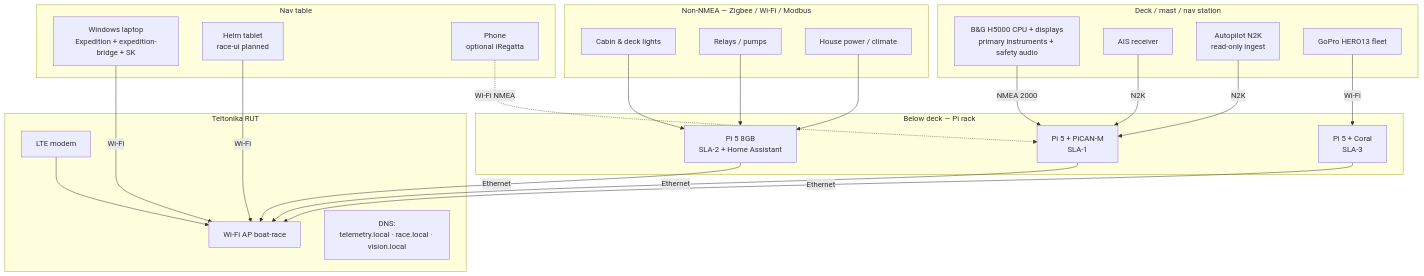
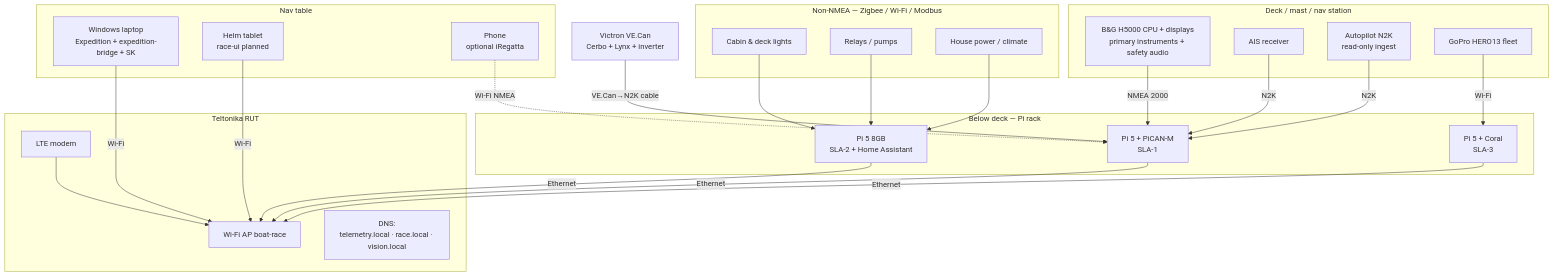
Before and after one commit to cognite-fholm/AI-sailing-system: the second of 14 diagrams in docs/SYSTEM_DIAGRAM.md, drawn with Mermaid. The commit also changed other lines of this file and 7 other files, not shown here.

First line of the commit message:
docs: add ADR-0036 Victron VE.Can power on NMEA 2000

````diff
--- a/docs/SYSTEM_DIAGRAM.md
+++ b/docs/SYSTEM_DIAGRAM.md
@@ -77,49 +77,50 @@
 ```mermaid
 flowchart TB
   subgraph deck [Deck / mast / nav station]
     H5000[B&G H5000 CPU + displays\nprimary instruments + safety audio]
     AIS_RX[AIS receiver]
     AUTOPILOT[Autopilot N2K\nread-only ingest]
     GOPRO[GoPro HERO13 fleet]
   end
 
   subgraph nav_table [Nav table]
     LAPTOP[Windows laptop\nExpedition + expedition-bridge + SK]
     TABLET[Helm tablet\nrace-ui planned]
     PHONE[Phone\noptional iRegatta]
   end
 
   subgraph rack [Below deck — Pi rack]
     PICAN[Pi 5 + PiCAN-M\nSLA-1]
     PI_RACE[Pi 5 8GB\nSLA-2 + Home Assistant]
     PI_VIS[Pi 5 + Coral\nSLA-3]
   end
 
   subgraph domotics [Non-NMEA — Zigbee / Wi‑Fi / Modbus]
     LIGHTS[Cabin & deck lights]
     RELAYS[Relays / pumps]
     HOUSE[House power / climate]
   end
 
   LIGHTS --> PI_RACE
   RELAYS --> PI_RACE
   HOUSE --> PI_RACE
 
   subgraph network [Teltonika RUT]
     LTE[LTE modem]
     WIFI[Wi‑Fi AP boat-race]
     DNS[DNS:\ntelemetry.local · race.local · vision.local]
   end
 
   H5000 -->|NMEA 2000| PICAN
   AIS_RX -->|N2K| PICAN
   AUTOPILOT -->|N2K| PICAN
+  VIC[Victron VE.Can\nCerbo + Lynx + inverter] -->|VE.Can→N2K cable| PICAN
   PICAN -->|Ethernet| WIFI
   PI_RACE -->|Ethernet| WIFI
   PI_VIS -->|Ethernet| WIFI
   LAPTOP -->|Wi‑Fi| WIFI
   TABLET -->|Wi‑Fi| WIFI
   PHONE -.->|Wi‑Fi NMEA| PICAN
   GOPRO -->|Wi‑Fi| PI_VIS
   LTE --> WIFI
 ```
````
